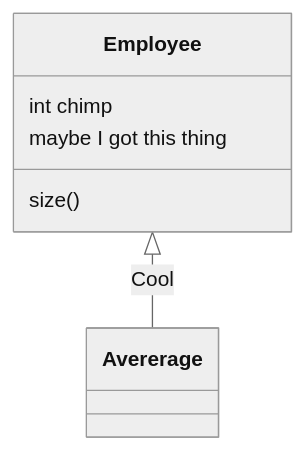
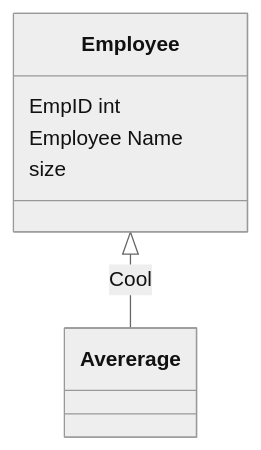
Before and after one commit to Marcus-Snell/Test: the diagram in mermaid.md, drawn with Mermaid (neutral theme).

````diff
--- a/mermaid.md
+++ b/mermaid.md
@@ -1,7 +1,7 @@
 ```mermaid
 classDiagram
 Employee <|-- Avererage : Cool
-Employee : int chimp
-Employee : maybe I got this thing
-Employee : size()
+Employee : EmpID int
+Employee : Employee Name
+Employee : size
 ```
````
